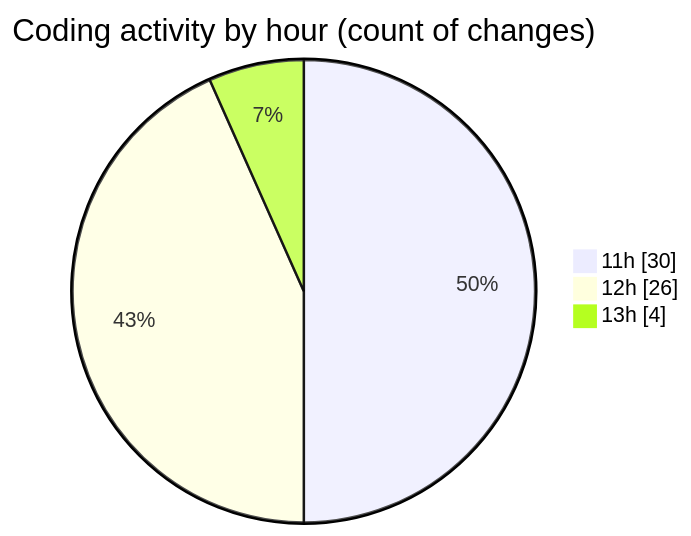
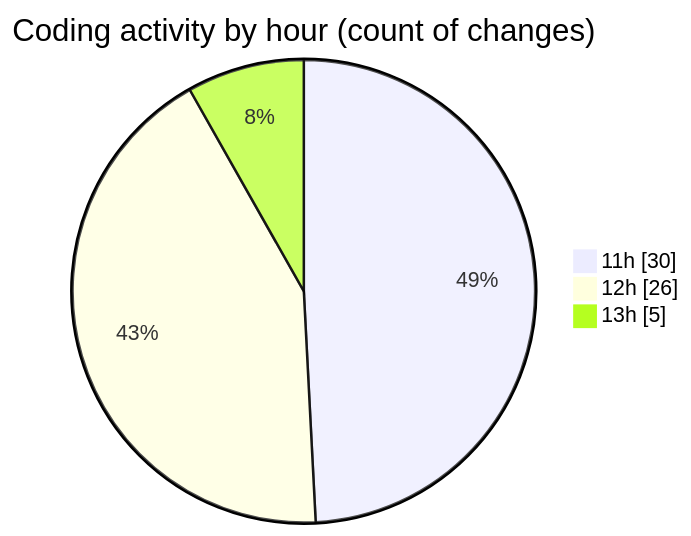
One commit to lephambinh05/code-tracking changed the second of 2 diagrams in 2025-08-25/studybuddy/README.md. Above: the diagram before and after it, drawn with Mermaid. The commit also changed other lines of this file and 1 other file, not shown here.

````diff
--- a/2025-08-25/studybuddy/README.md
+++ b/2025-08-25/studybuddy/README.md
@@ -58,7 +58,7 @@
 ```mermaid
 pie showData
 title Coding activity by hour (count of changes)
 "11h" : 30
 "12h" : 26
-"13h" : 4
+"13h" : 5
 ```
````
